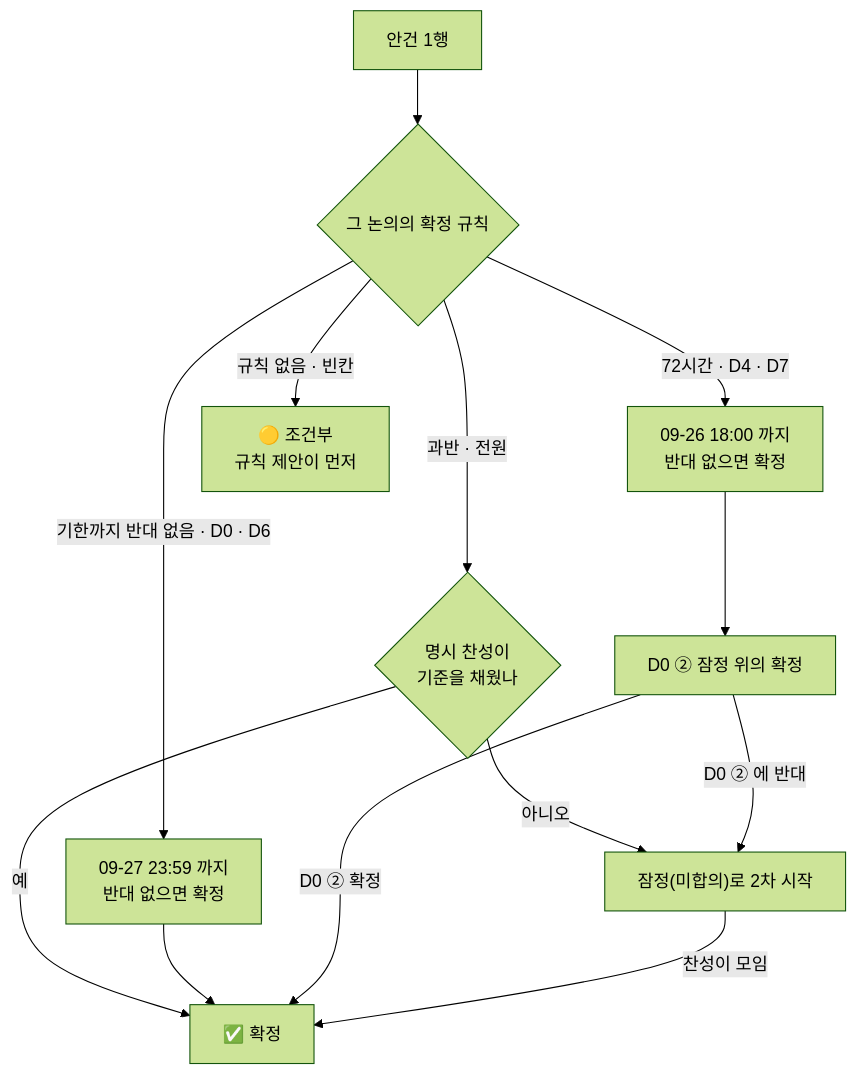
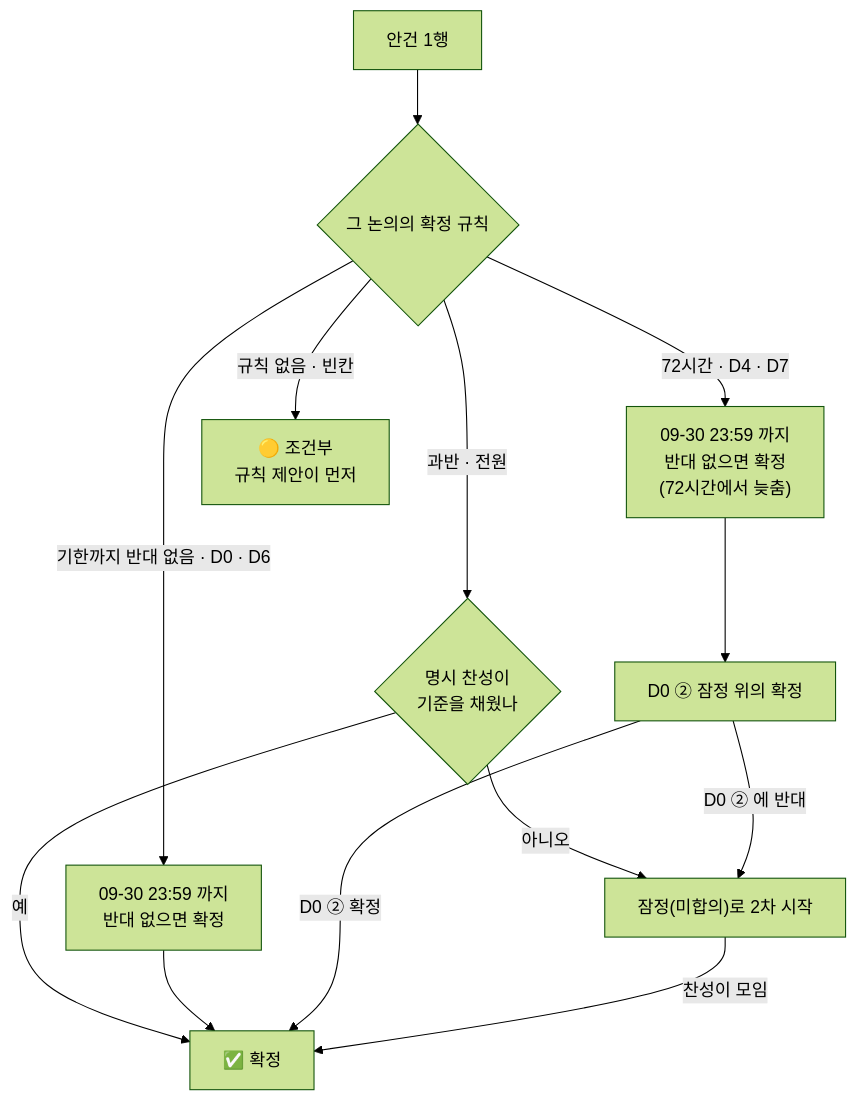
The first of 2 diagrams in docs/계획서/논의결정대장_v0.9.md (EST-team-project/Qurious), drawn with Mermaid (forest theme) before and after one commit. The commit also changed other lines of this file and 3 other files, not shown here.

````diff
--- a/docs/계획서/논의결정대장_v0.9.md
+++ b/docs/계획서/논의결정대장_v0.9.md
@@ -85,15 +93,15 @@
 ```mermaid
 flowchart TD
   A["안건 1행"] --> R{"그 논의의 확정 규칙"}
-  R -->|"72시간 · D4 · D7"| L["09-26 18:00 까지<br/>반대 없으면 확정"]
-  R -->|"기한까지 반대 없음 · D0 · D6"| M["09-27 23:59 까지<br/>반대 없으면 확정"]
+  R -->|"72시간 · D4 · D7"| L["09-30 23:59 까지<br/>반대 없으면 확정<br/>(72시간에서 늦춤)"]
+  R -->|"기한까지 반대 없음 · D0 · D6"| M["09-30 23:59 까지<br/>반대 없으면 확정"]
   R -->|"과반 · 전원"| N{"명시 찬성이<br/>기준을 채웠나"}
   R -->|"규칙 없음 · 빈칸"| S["🟡 조건부<br/>규칙 제안이 먼저"]
   L --> T["D0 ② 잠정 위의 확정"]
   N -->|"예"| OK["✅ 확정"]
   N -->|"아니오"| P["잠정(미합의)로 2차 시작"]
   M --> OK
   T -->|"D0 ② 확정"| OK
   T -->|"D0 ② 에 반대"| P
   P -->|"찬성이 모임"| OK
 ```
````
